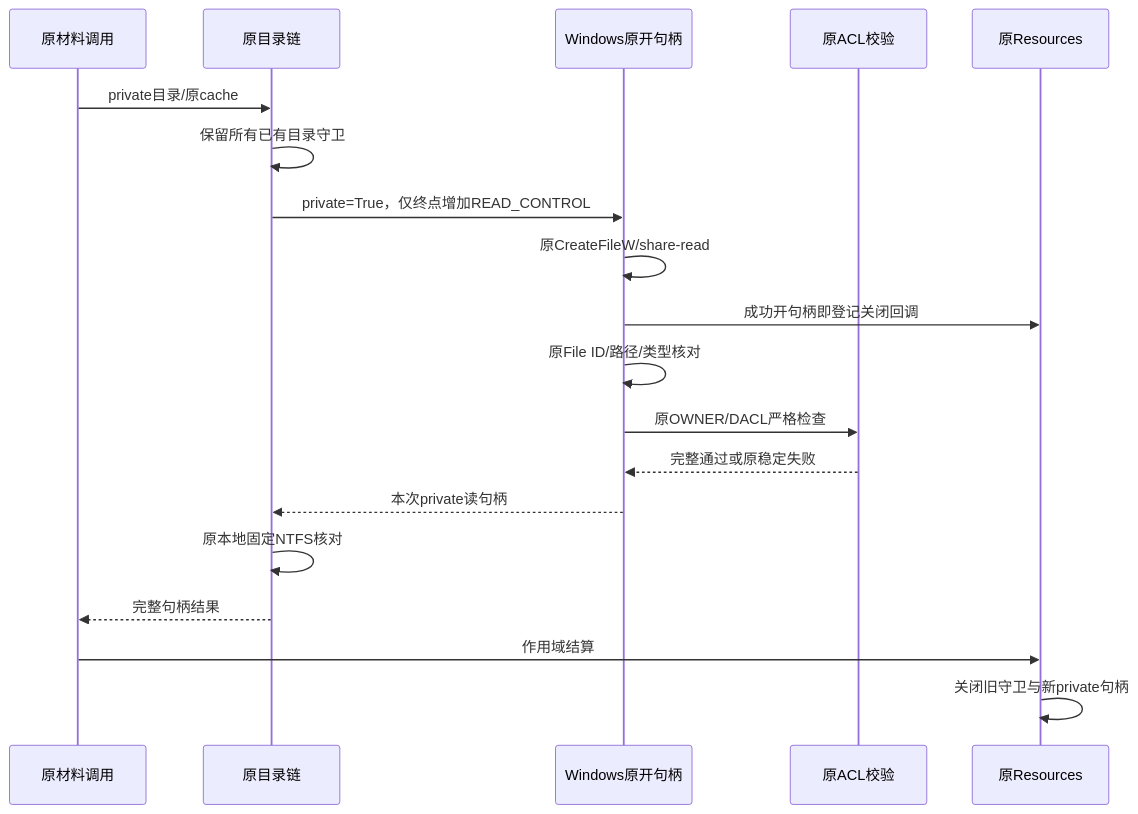
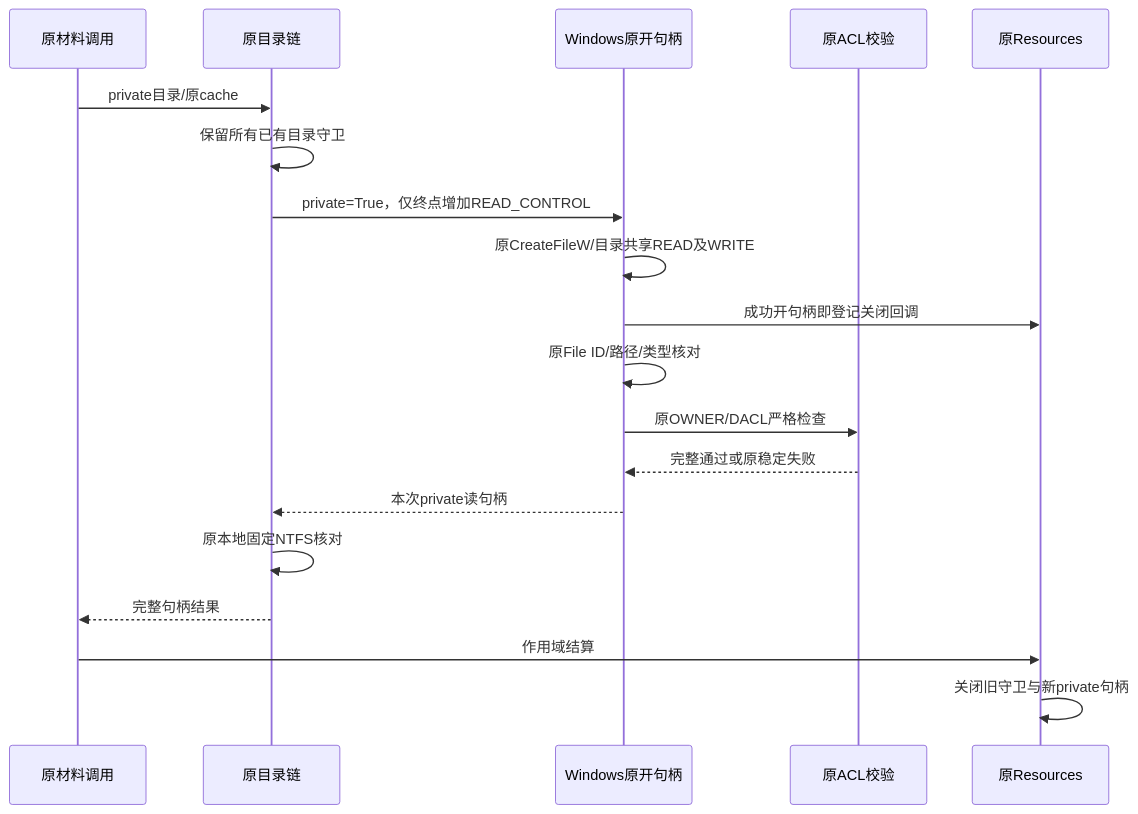
The third of 4 diagrams in docs/changes/m09-r4-windows-material-directory-access.md (carrie1988/Harnessix), drawn with Mermaid before and after one commit. The commit also changed other lines of this file and 14 other files, not shown here.

````diff
--- a/docs/changes/m09-r4-windows-material-directory-access.md
+++ b/docs/changes/m09-r4-windows-material-directory-access.md
@@ -116,21 +116,21 @@
 ```mermaid
 sequenceDiagram
   participant C as 原材料调用
   participant H as 原目录链
   participant W as Windows原开句柄
   participant S as 原ACL校验
   participant R as 原Resources
   C->>H: private目录/原cache
   H->>H: 保留所有已有目录守卫
   H->>W: private=True，仅终点增加READ_CONTROL
-  W->>W: 原CreateFileW/share-read
+  W->>W: 原CreateFileW/目录共享READ及WRITE
   W->>R: 成功开句柄即登记关闭回调
   W->>W: 原File ID/路径/类型核对
   W->>S: 原OWNER/DACL严格检查
   S-->>W: 完整通过或原稳定失败
   W-->>H: 本次private读句柄
   H->>H: 原本地固定NTFS核对
   H-->>C: 完整句柄结果
   C->>R: 作用域结算
   R->>R: 关闭旧守卫与新private句柄
 ```
````
